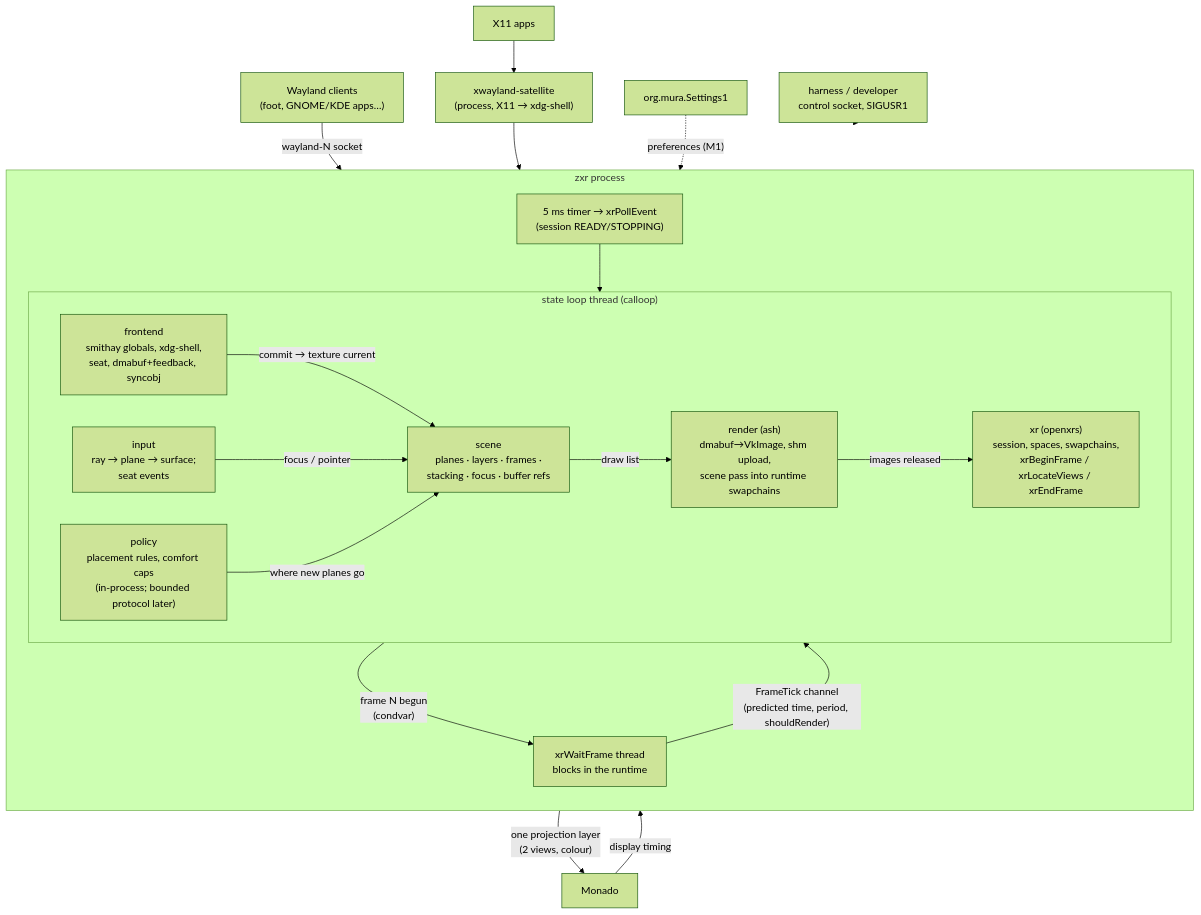
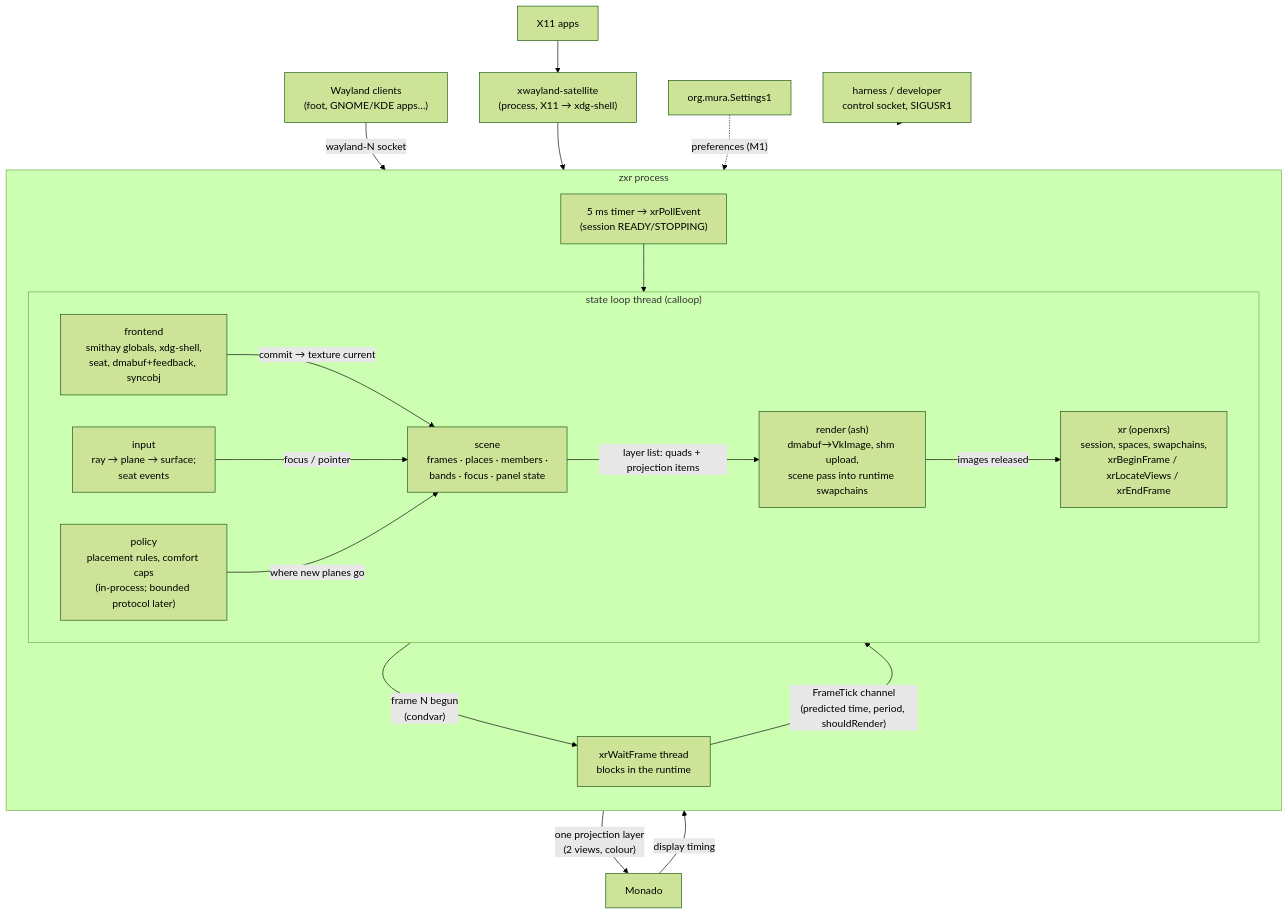
One commit to mura-os/mura changed the diagram in docs/architecture/zxr-architecture.md. Above: the diagram before and after it, drawn with Mermaid (forest theme). The commit also changed other lines of this file and 3 other files, not shown here.

````diff
--- a/docs/architecture/zxr-architecture.md
+++ b/docs/architecture/zxr-architecture.md
@@ -31,31 +31,31 @@
 ```mermaid
 flowchart TB
     subgraph proc["zxr process"]
         direction TB
         subgraph loopT["state loop thread (calloop)"]
             direction LR
             frontend["frontend<br/>smithay globals, xdg-shell,<br/>seat, dmabuf+feedback, syncobj"]
-            scene["scene<br/>planes · layers · frames ·<br/>stacking · focus · buffer refs"]
+            scene["scene<br/>frames · places · members ·<br/>bands · focus · panel state"]
             input["input<br/>ray → plane → surface;<br/>seat events"]
             policy["policy<br/>placement rules, comfort caps<br/>(in-process; bounded protocol later)"]
             render["render (ash)<br/>dmabuf→VkImage, shm upload,<br/>scene pass into runtime swapchains"]
             xr["xr (openxrs)<br/>session, spaces, swapchains,<br/>xrBeginFrame / xrLocateViews / xrEndFrame"]
             frontend -- "commit → texture current" --> scene
             input -- "focus / pointer" --> scene
             policy -- "where new planes go" --> scene
-            scene -- "draw list" --> render
+            scene -- "layer list: quads + projection items" --> render
             render -- "images released" --> xr
         end
         wait["xrWaitFrame thread<br/>blocks in the runtime"]
         wait -- "FrameTick channel<br/>(predicted time, period, shouldRender)" --> loopT
         loopT -- "frame N begun<br/>(condvar)" --> wait
         timer["5 ms timer → xrPollEvent<br/>(session READY/STOPPING)"] --> xr
     end
     clients["Wayland clients<br/>(foot, GNOME/KDE apps…)"] -- "wayland-N socket" --> frontend
     sat["xwayland-satellite<br/>(process, X11 → xdg-shell)"] --> frontend
     x11["X11 apps"] --> sat
     ctl["harness / developer<br/>control socket, SIGUSR1"] --> loopT
     xr -- "one projection layer<br/>(2 views, colour)" --> monado["Monado"]
     monado -- "display timing" --> wait
     settings["org.mura.Settings1"] -. "preferences (M1)" .-> policy
 ```
````
